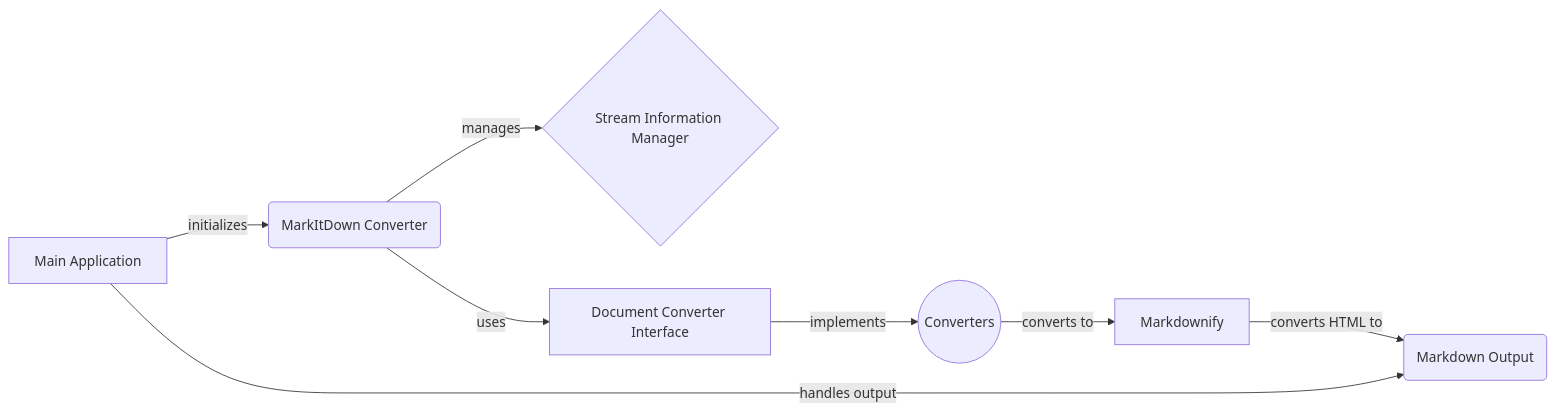
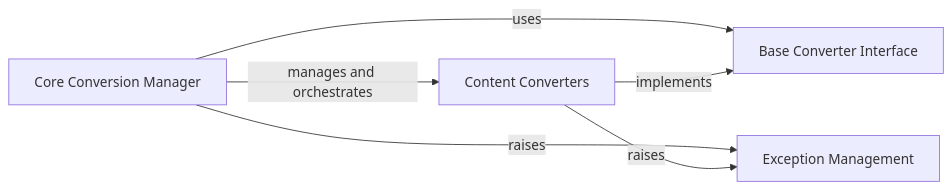
One commit to CodeBoarding/GeneratedOnBoardings changed the diagram in markitdown/on_boarding.md. Above: the diagram before and after it, drawn with Mermaid. The commit also changed other lines of this file and 10 other files, not shown here.

````diff
--- a/markitdown/on_boarding.md
+++ b/markitdown/on_boarding.md
@@ -5,17 +1,17 @@
 ```mermaid
 graph LR
-    A[Main Application] -- initializes --> B(MarkItDown Converter)
-    B -- manages --> C{Stream Information Manager}
-    B -- uses --> D[Document Converter Interface]
-    D -- implements --> E((Converters))
-    E -- converts to --> F[Markdownify]
-    F -- converts HTML to --> G(Markdown Output)
-    A -- handles output --> G
+    Core_Conversion_Manager["Core Conversion Manager"]
+    Base_Converter_Interface["Base Converter Interface"]
+    Content_Converters["Content Converters"]
+    Exception_Management["Exception Management"]
+    Core_Conversion_Manager -- "manages and orchestrates" --> Content_Converters
+    Core_Conversion_Manager -- "uses" --> Base_Converter_Interface
+    Content_Converters -- "implements" --> Base_Converter_Interface
+    Core_Conversion_Manager -- "raises" --> Exception_Management
+    Content_Converters -- "raises" --> Exception_Management
 
-click A href "https://github.com/CodeBoarding/GeneratedOnBoardings/blob/main/markitdown//Main Application.md"
-click B href "https://github.com/CodeBoarding/GeneratedOnBoardings/blob/main/markitdown//MarkItDown Converter.md"
-click C href "https://github.com/CodeBoarding/GeneratedOnBoardings/blob/main/markitdown//Stream Information Manager.md"
-click D href "https://github.com/CodeBoarding/GeneratedOnBoardings/blob/main/markitdown//Document Converter Interface.md"
-click E href "https://github.com/CodeBoarding/GeneratedOnBoardings/blob/main/markitdown//Converters.md"
-click F href "https://github.com/CodeBoarding/GeneratedOnBoardings/blob/main/markitdown//Markdownify.md"
+click Core_Conversion_Manager href "https://github.com/CodeBoarding/GeneratedOnBoardings/blob/main/markitdown//Core Conversion Manager.md"
+click Base_Converter_Interface href "https://github.com/CodeBoarding/GeneratedOnBoardings/blob/main/markitdown//Base Converter Interface.md"
+click Content_Converters href "https://github.com/CodeBoarding/GeneratedOnBoardings/blob/main/markitdown//Content Converters.md"
+click Exception_Management href "https://github.com/CodeBoarding/GeneratedOnBoardings/blob/main/markitdown//Exception Management.md"
 ```
````
